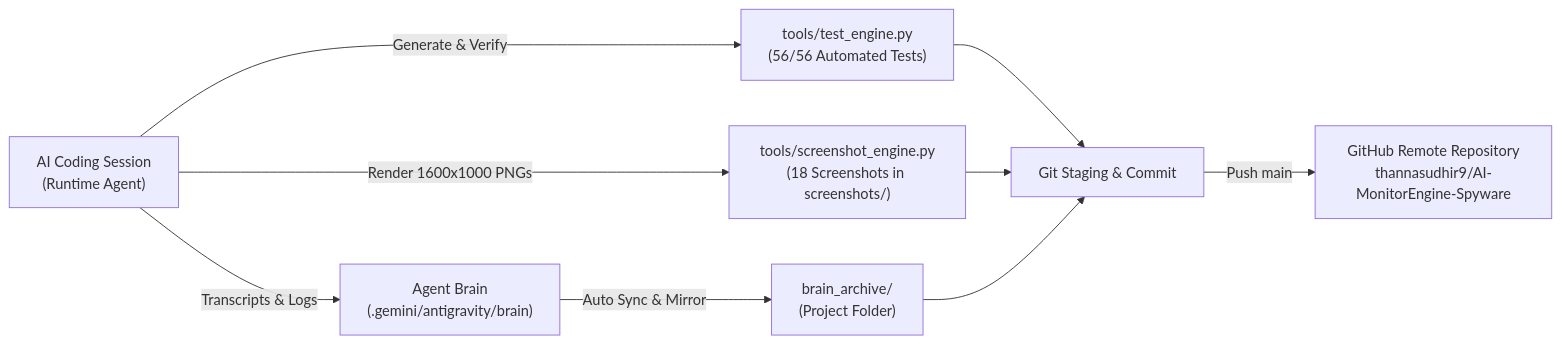
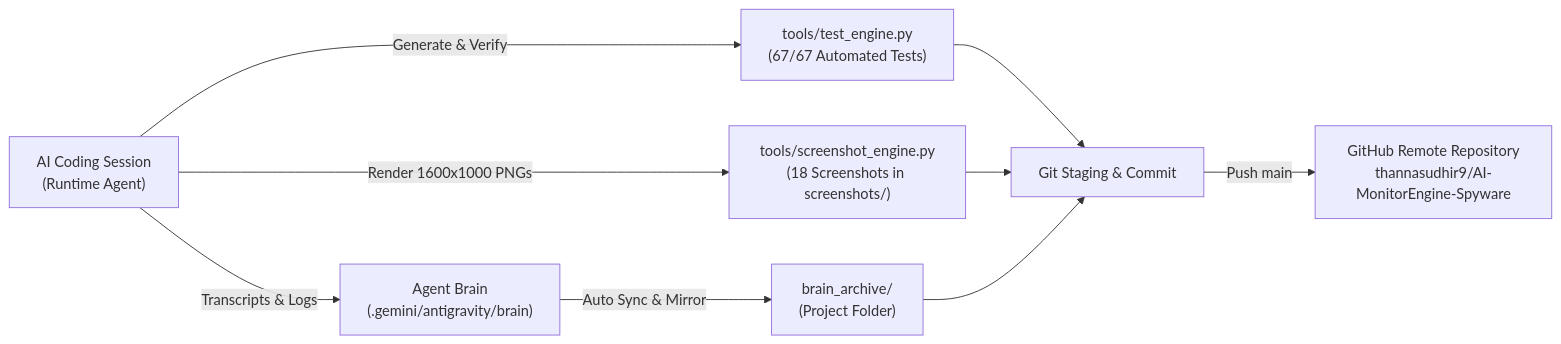
The fourth of 6 diagrams in docs/DESIGN_AND_ARCHITECTURE.md (thannasudhir9/AI-MonitorEngine-Spyware), drawn with Mermaid before and after one commit. The commit also changed other lines of this file and 38 other files, not shown here.

````diff
--- a/docs/DESIGN_AND_ARCHITECTURE.md
+++ b/docs/DESIGN_AND_ARCHITECTURE.md
@@ -261,11 +261,11 @@
 ```mermaid
 flowchart LR
     DevSession["AI Coding Session\n(Runtime Agent)"] -->|Transcripts & Logs| Brain["Agent Brain\n(.gemini/antigravity/brain)"]
     Brain -->|Auto Sync & Mirror| Archive["brain_archive/\n(Project Folder)"]
-    DevSession -->|Generate & Verify| TestEngine["tools/test_engine.py\n(56/56 Automated Tests)"]
+    DevSession -->|Generate & Verify| TestEngine["tools/test_engine.py\n(67/67 Automated Tests)"]
     DevSession -->|Render 1600x1000 PNGs| ScreenEngine["tools/screenshot_engine.py\n(18 Screenshots in screenshots/)"]
     TestEngine --> GitCommit["Git Staging & Commit"]
     ScreenEngine --> GitCommit
     Archive --> GitCommit
     GitCommit -->|Push main| GitHub["GitHub Remote Repository\nthannasudhir9/AI-MonitorEngine-Spyware"]
 ```
````
